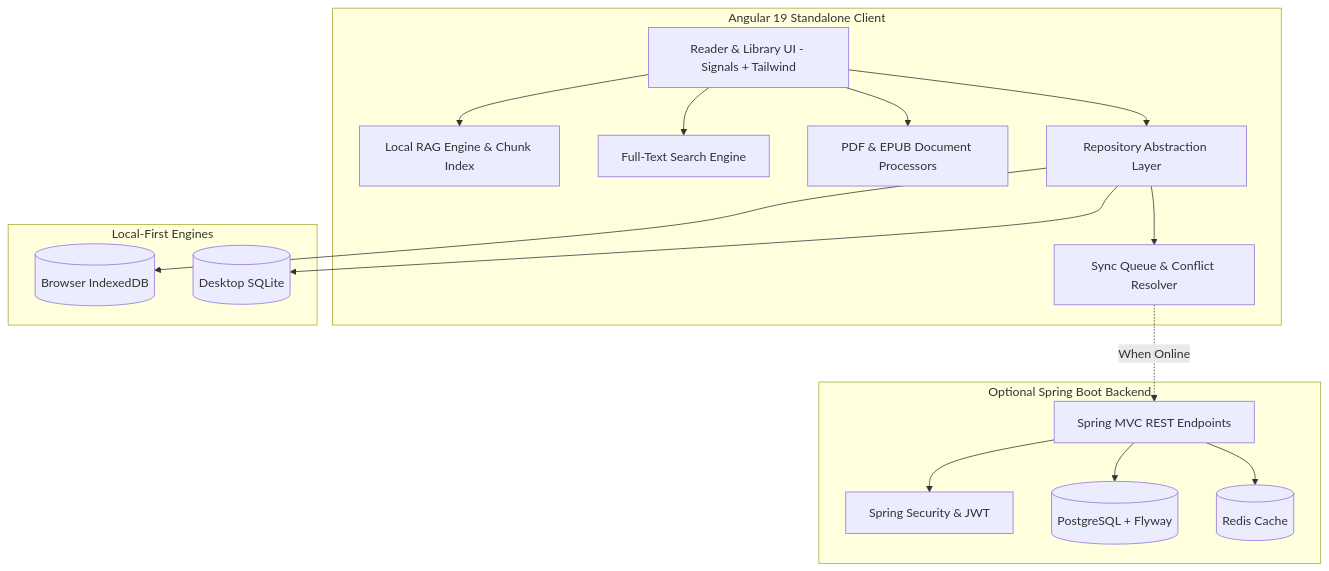
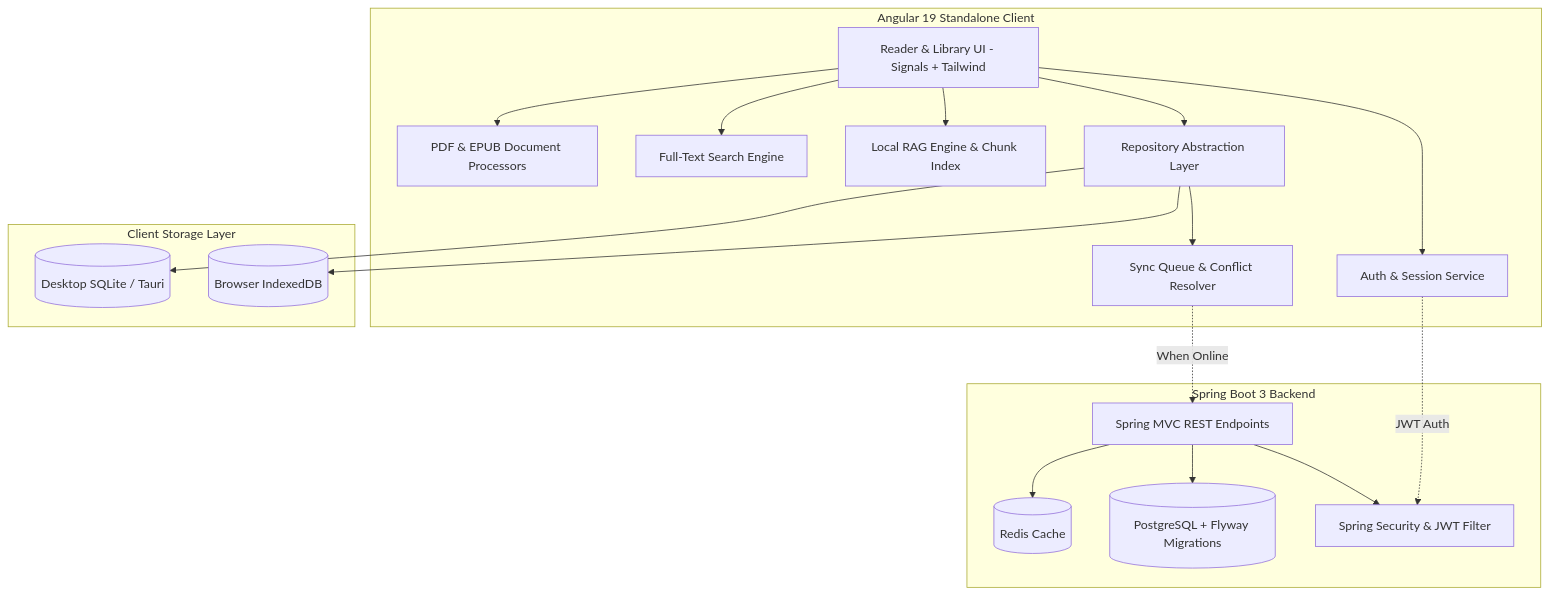
Before and after one commit to eyob13-coder/Folio: the diagram in README.md, drawn with Mermaid. The commit also changed other lines of this file and 18 other files, not shown here.

````diff
--- a/README.md
+++ b/README.md
@@ -19,36 +28,39 @@
 ```mermaid
 graph TD
     subgraph Client [Angular 19 Standalone Client]
         UI[Reader & Library UI - Signals + Tailwind]
+        Auth[Auth & Session Service]
         RAG[Local RAG Engine & Chunk Index]
         FTS[Full-Text Search Engine]
         DocProc[PDF & EPUB Document Processors]
         RepoLayer[Repository Abstraction Layer]
         SyncQ[Sync Queue & Conflict Resolver]
         
+        UI --> Auth
         UI --> RepoLayer
         UI --> RAG
         UI --> FTS
         UI --> DocProc
         RepoLayer --> SyncQ
     end
 
-    subgraph LocalStorage [Local-First Engines]
+    subgraph LocalStorage [Client Storage Layer]
         IDB[(Browser IndexedDB)]
-        SQLite[(Desktop SQLite)]
+        SQLite[(Desktop SQLite / Tauri)]
         RepoLayer --> IDB
         RepoLayer --> SQLite
     end
 
-    subgraph CloudBackend [Optional Spring Boot Backend]
+    subgraph CloudBackend [Spring Boot 3 Backend]
         API[Spring MVC REST Endpoints]
-        Sec[Spring Security & JWT]
-        PG[(PostgreSQL + Flyway)]
+        Sec[Spring Security & JWT Filter]
+        PG[(PostgreSQL + Flyway Migrations)]
         Redis[(Redis Cache)]
         
         SyncQ -.->|When Online| API
+        Auth -.->|JWT Auth| Sec
         API --> Sec
         API --> PG
         API --> Redis
     end
 ```
````
